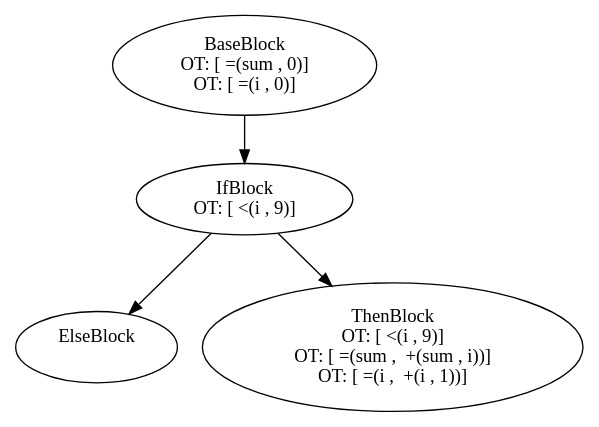
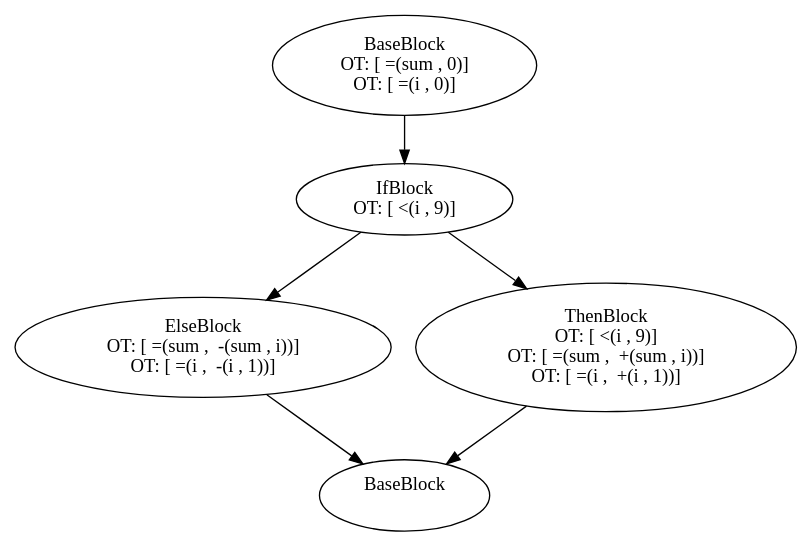
One commit to aveen007/CountingMonkeys changed the diagram in cpoCompilerWin/cfgi0.dot. Above: the diagram before and after it, drawn with Graphviz. The commit also changed 5 other files, not shown here.

```diff
--- a/cpoCompilerWin/cfgi0.dot
+++ b/cpoCompilerWin/cfgi0.dot
@@ -1,15 +1,20 @@
 digraph G {
-    n000001BA8D60AA90 [label="BaseBlock\n OT: [ =(sum , 0)]
+    n000002377810AC50 [label="BaseBlock\n OT: [ =(sum , 0)]
 OT: [ =(i , 0)]
 "]
-    n000001BA8D60AA90 -> n000001BA8D60B190
-    n000001BA8D60B190 [label="IfBlock\n OT: [ <(i , 9)]
+    n000002377810AC50 -> n000002377810ABE0
+    n000002377810ABE0 [label="IfBlock\n OT: [ <(i , 9)]
 "]
-    n000001BA8D60A9B0 [label="ElseBlock\n "]
-    n000001BA8D60AE80 [label="ThenBlock\n OT: [ <(i , 9)]
+    n000002377810AF60 [label="ElseBlock\n OT: [ =(sum ,  -(sum , i))]
+OT: [ =(i ,  -(i , 1))]
+"]
+    n000002377810A9B0 [label="ThenBlock\n OT: [ <(i , 9)]
 OT: [ =(sum ,  +(sum , i))]
 OT: [ =(i ,  +(i , 1))]
 "]
-    n000001BA8D60B190 -> n000001BA8D60A9B0
-    n000001BA8D60B190 -> n000001BA8D60AE80
+    n000002377810ABE0 -> n000002377810AF60
+    n000002377810AF60 -> n000002377810A550
+    n000002377810ABE0 -> n000002377810A9B0
+    n000002377810A9B0 -> n000002377810A550
+    n000002377810A550 [label="BaseBlock\n "]
 }
```
